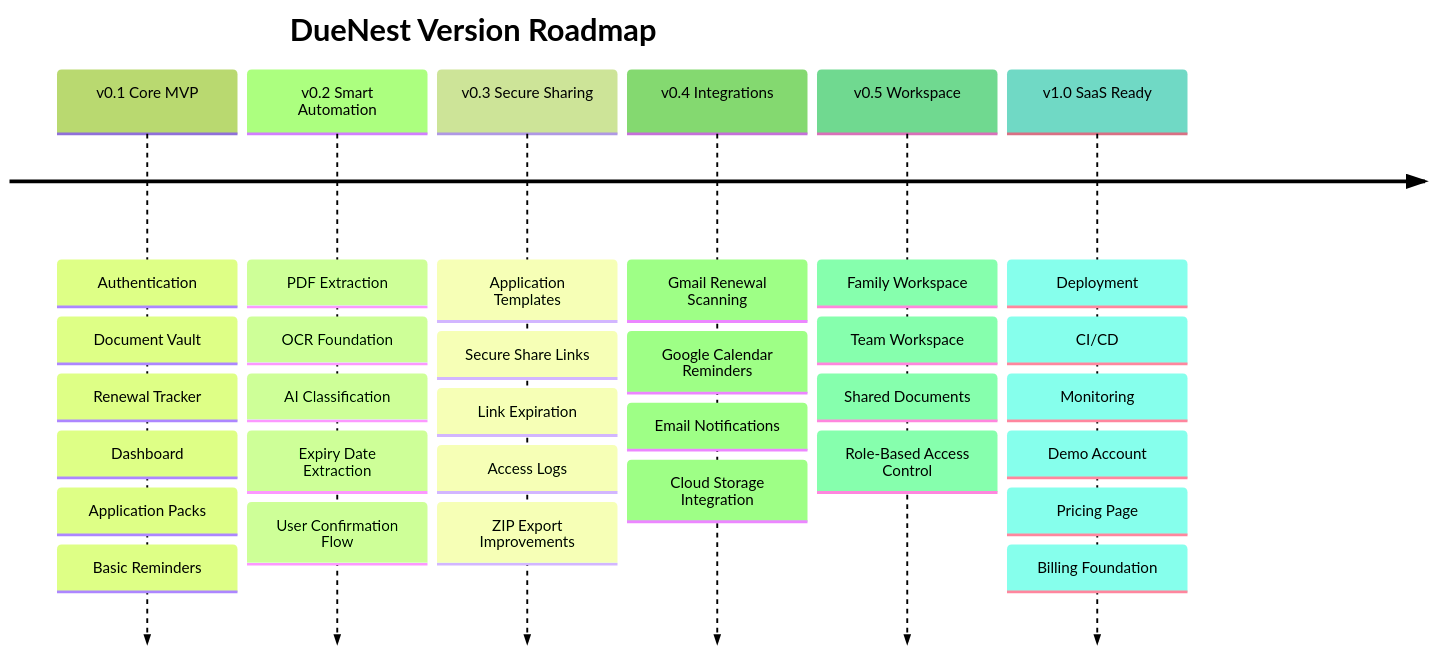
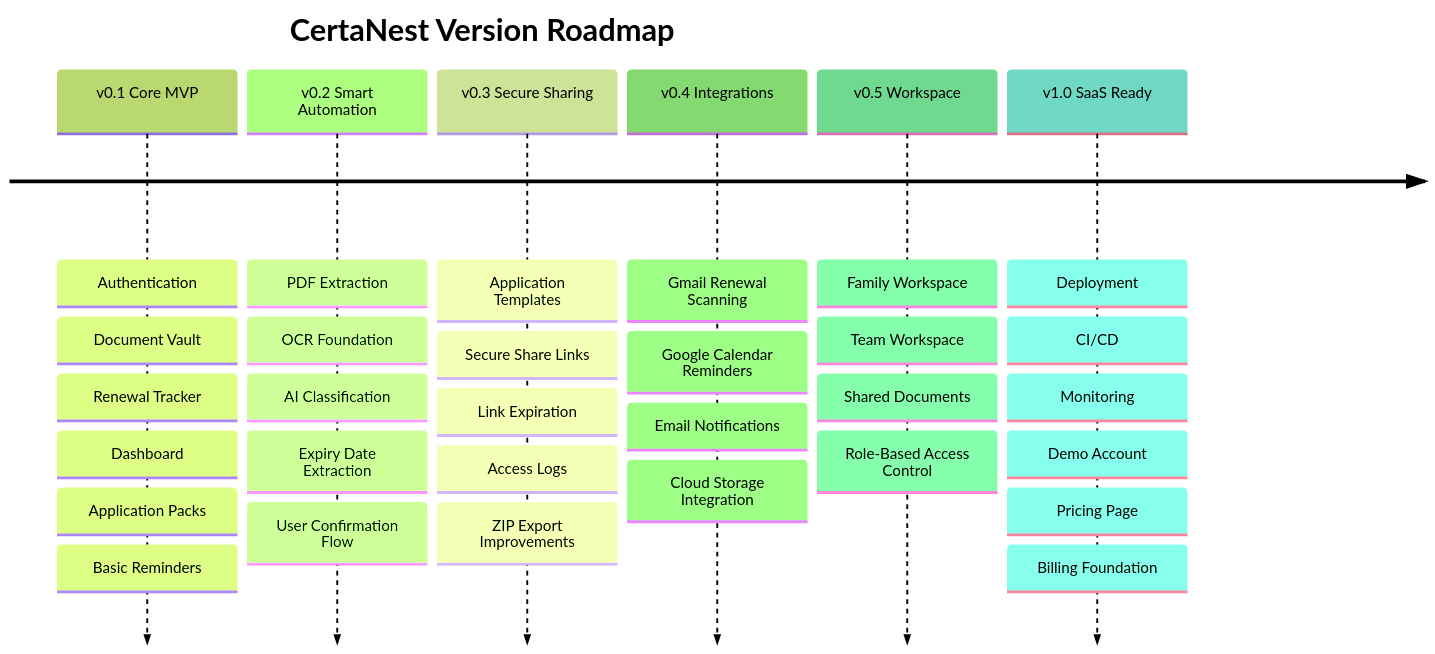
The second of 4 diagrams in docs/roadmap.md (NouhanDoumbouya/duenest), drawn with Mermaid (forest theme) before and after one commit. The commit also changed other lines of this file and 368 other files, not shown here.

````diff
--- a/docs/roadmap.md
+++ b/docs/roadmap.md
@@ -150,46 +150,46 @@
 ```mermaid
 timeline
-    title DueNest Version Roadmap
+    title CertaNest Version Roadmap
 
     v0.1 Core MVP
         : Authentication
         : Document Vault
         : Renewal Tracker
         : Dashboard
         : Application Packs
         : Basic Reminders
 
     v0.2 Smart Automation
         : PDF Extraction
         : OCR Foundation
         : AI Classification
         : Expiry Date Extraction
         : User Confirmation Flow
 
     v0.3 Secure Sharing
         : Application Templates
         : Secure Share Links
         : Link Expiration
         : Access Logs
         : ZIP Export Improvements
 
     v0.4 Integrations
         : Gmail Renewal Scanning
         : Google Calendar Reminders
         : Email Notifications
         : Cloud Storage Integration
 
     v0.5 Workspace
         : Family Workspace
         : Team Workspace
         : Shared Documents
         : Role-Based Access Control
 
     v1.0 SaaS Ready
         : Deployment
         : CI/CD
         : Monitoring
         : Demo Account
         : Pricing Page
         : Billing Foundation
 ```
````
